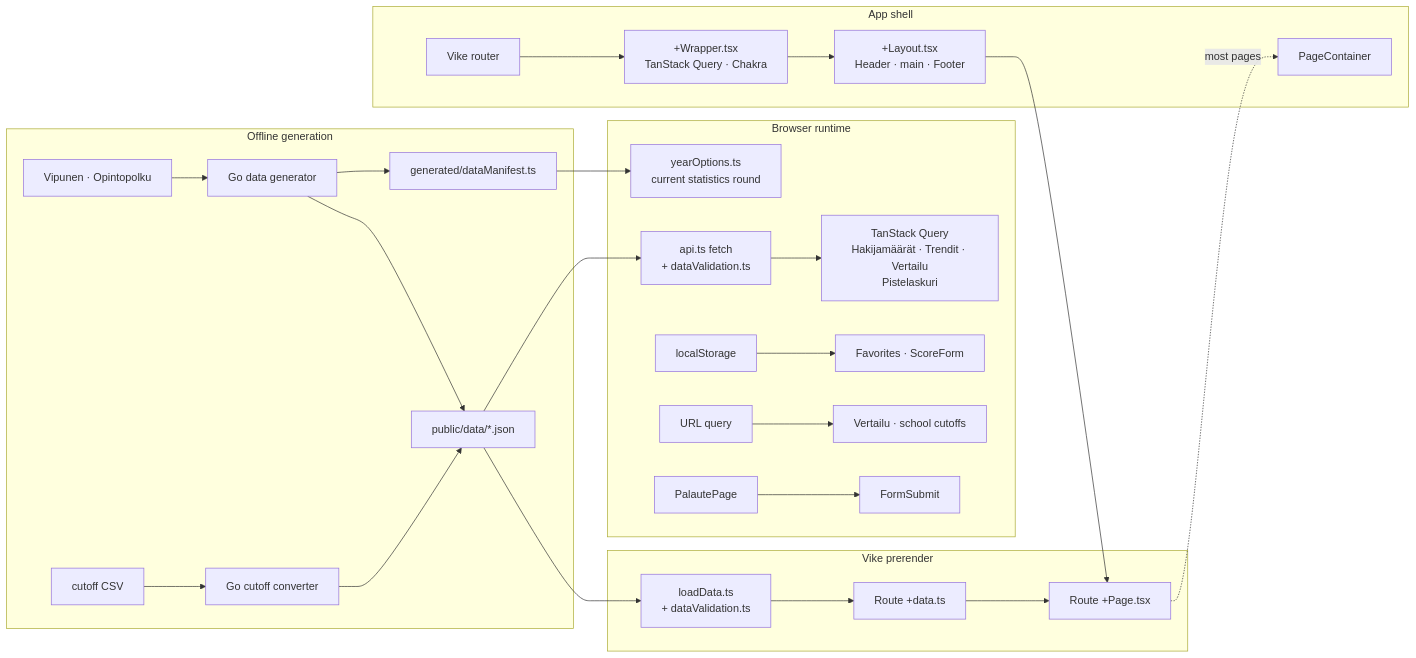
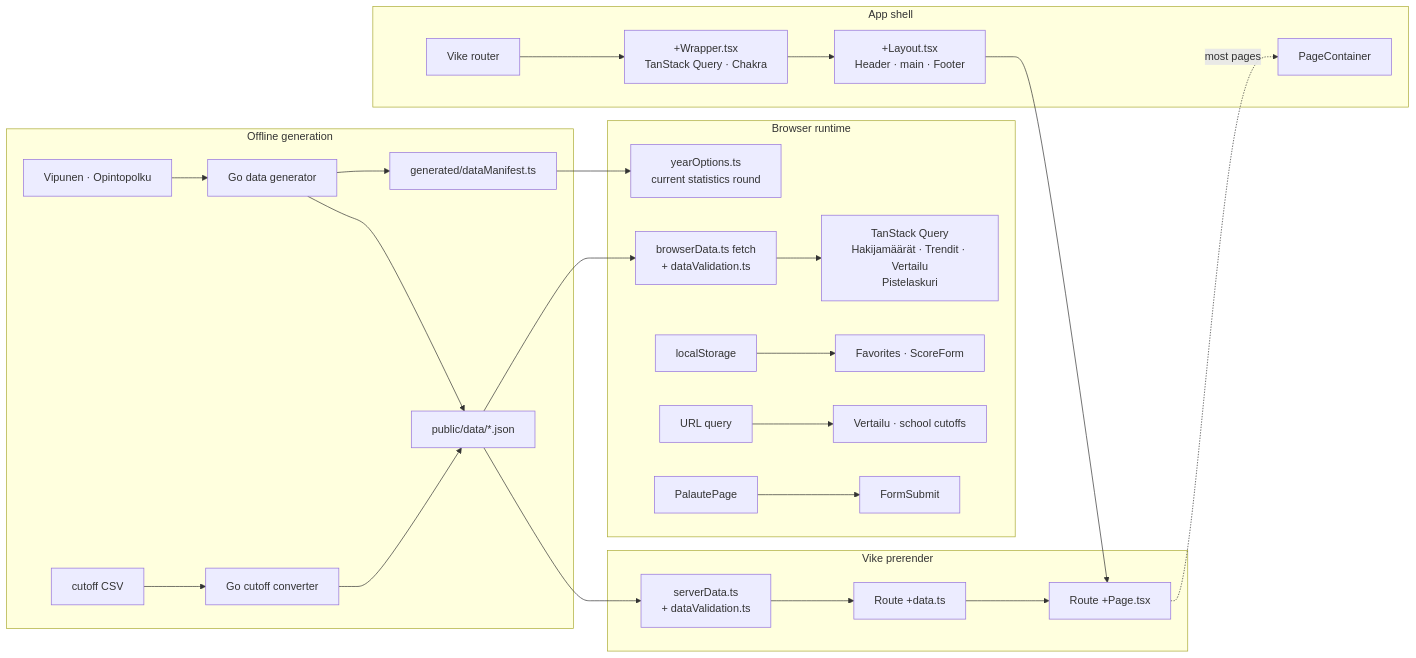
Before and after one commit to miko-kortelainen/koulutus-info: the first of 2 diagrams in frontend/README.md, drawn with Mermaid. The commit also changed 49 other files, not shown here.

Commit message:
major frontend codebase architecture refactoring

````diff
--- a/frontend/README.md
+++ b/frontend/README.md
@@ -39,31 +39,31 @@
 ```mermaid
 flowchart LR
   subgraph generation["Offline generation"]
     sources["Vipunen · Opintopolku"] --> generator["Go data generator"]
     generator --> json["public/data/*.json"]
     generator --> manifest["generated/dataManifest.ts"]
     cutoffCsv["cutoff CSV"] --> cutoffConverter["Go cutoff converter"] --> json
   end
 
   subgraph prerender["Vike prerender"]
-    json --> serverData["loadData.ts<br/>+ dataValidation.ts"]
+    json --> serverData["serverData.ts<br/>+ dataValidation.ts"]
     serverData --> dataFunctions["Route +data.ts"]
     dataFunctions --> routePage["Route +Page.tsx"]
   end
 
   subgraph shell["App shell"]
     router["Vike router"] --> wrapper["+Wrapper.tsx<br/>TanStack Query · Chakra"]
     wrapper --> layout["+Layout.tsx<br/>Header · main · Footer"]
     layout --> routePage
     routePage -. most pages .-> container["PageContainer"]
   end
 
   subgraph runtime["Browser runtime"]
-    json --> clientApi["api.ts fetch<br/>+ dataValidation.ts"]
+    json --> clientApi["browserData.ts fetch<br/>+ dataValidation.ts"]
     clientApi --> queries["TanStack Query<br/>Hakijamäärät · Trendit · Vertailu<br/>Pistelaskuri"]
     manifest --> yearOptions["yearOptions.ts<br/>current statistics round"]
     localStorage["localStorage"] --> persisted["Favorites · ScoreForm"]
     urlState["URL query"] --> urlPages["Vertailu · school cutoffs"]
     feedback["PalautePage"] --> formSubmit["FormSubmit"]
   end
 ```
````
